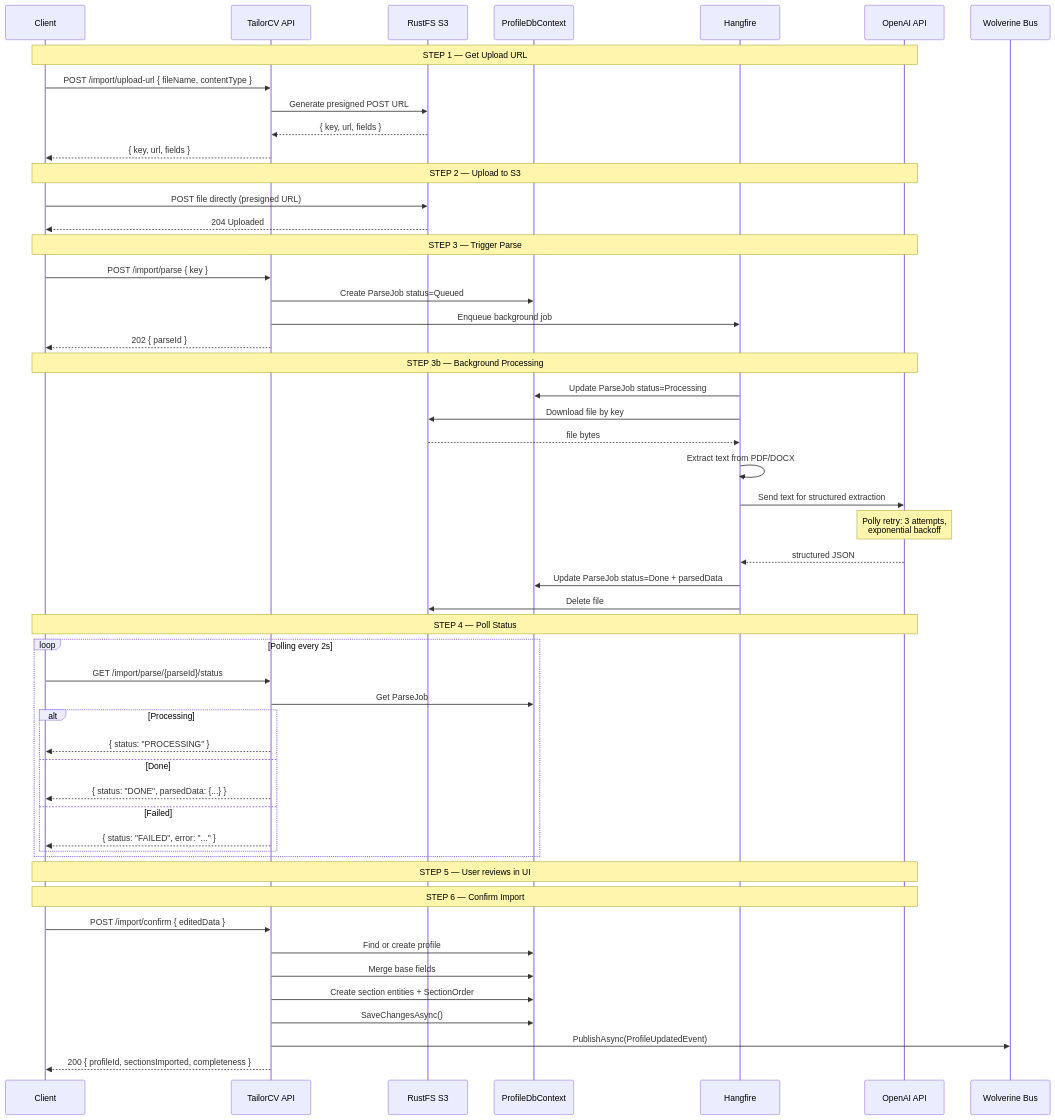
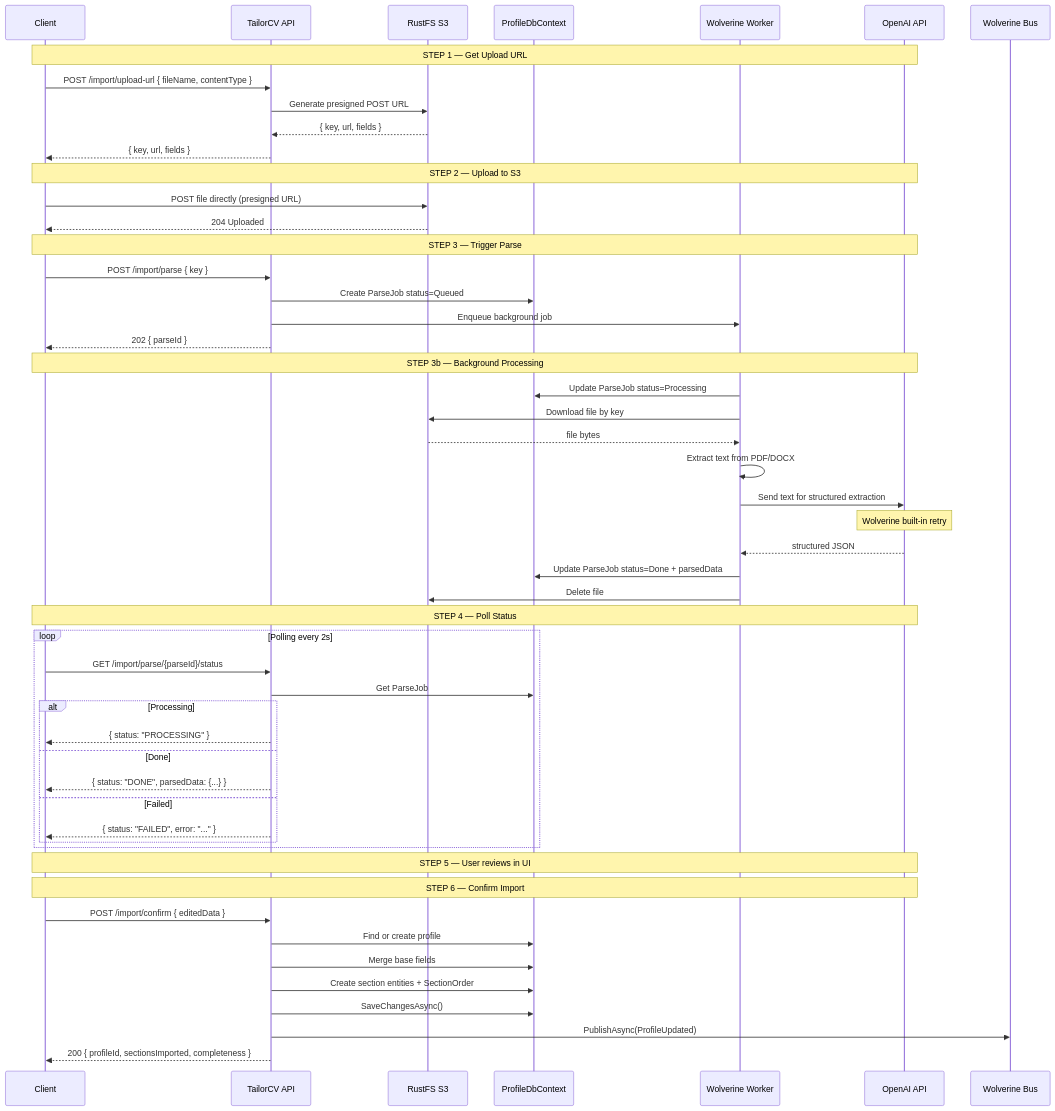
Before and after one commit to AbanoubPhelopos/TailorCV: the first of 3 diagrams in docs/features/profile/import-resume.md, drawn with Mermaid. The commit also changed other lines of this file and 189 other files, not shown here.

````diff
--- a/docs/features/profile/import-resume.md
+++ b/docs/features/profile/import-resume.md
@@ -258,62 +256,62 @@
 ```mermaid
 sequenceDiagram
     participant C as Client
     participant API as TailorCV API
     participant S3 as RustFS S3
     participant DB as ProfileDbContext
-    participant HF as Hangfire
+    participant HF as Wolverine Worker
     participant AI as OpenAI API
 
     Note over C,AI: STEP 1 — Get Upload URL
     C->>API: POST /import/upload-url { fileName, contentType }
     API->>S3: Generate presigned POST URL
     S3-->>API: { key, url, fields }
     API-->>C: { key, url, fields }
 
     Note over C,AI: STEP 2 — Upload to S3
     C->>S3: POST file directly (presigned URL)
     S3-->>C: 204 Uploaded
 
     Note over C,AI: STEP 3 — Trigger Parse
     C->>API: POST /import/parse { key }
     API->>DB: Create ParseJob status=Queued
     API->>HF: Enqueue background job
     API-->>C: 202 { parseId }
 
     Note over C,AI: STEP 3b — Background Processing
     HF->>DB: Update ParseJob status=Processing
     HF->>S3: Download file by key
     S3-->>HF: file bytes
     HF->>HF: Extract text from PDF/DOCX
     HF->>AI: Send text for structured extraction
-    Note over AI: Polly retry: 3 attempts,<br/>exponential backoff
+    Note over AI: Wolverine built-in retry
     AI-->>HF: structured JSON
     HF->>DB: Update ParseJob status=Done + parsedData
     HF->>S3: Delete file
 
     Note over C,AI: STEP 4 — Poll Status
     loop Polling every 2s
         C->>API: GET /import/parse/{parseId}/status
         API->>DB: Get ParseJob
         alt Processing
             API-->>C: { status: "PROCESSING" }
         else Done
             API-->>C: { status: "DONE", parsedData: {...} }
         else Failed
             API-->>C: { status: "FAILED", error: "..." }
         end
     end
 
     Note over C,AI: STEP 5 — User reviews in UI
 
     Note over C,AI: STEP 6 — Confirm Import
     participant W as Wolverine Bus
 
     C->>API: POST /import/confirm { editedData }
     API->>DB: Find or create profile
     API->>DB: Merge base fields
     API->>DB: Create section entities + SectionOrder
     API->>DB: SaveChangesAsync()
-    API->>W: PublishAsync(ProfileUpdatedEvent)
+    API->>W: PublishAsync(ProfileUpdated)
     API-->>C: 200 { profileId, sectionsImported, completeness }
 ```
````
